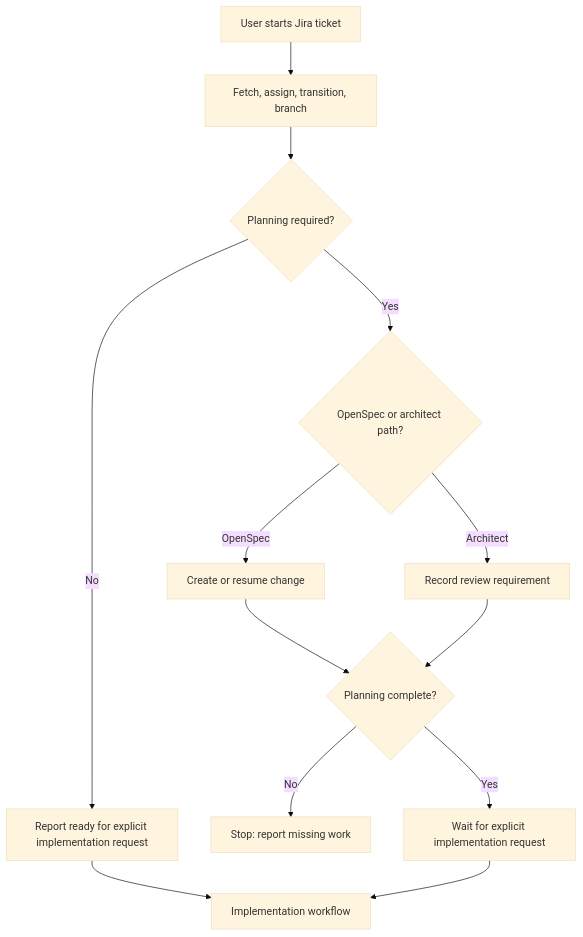
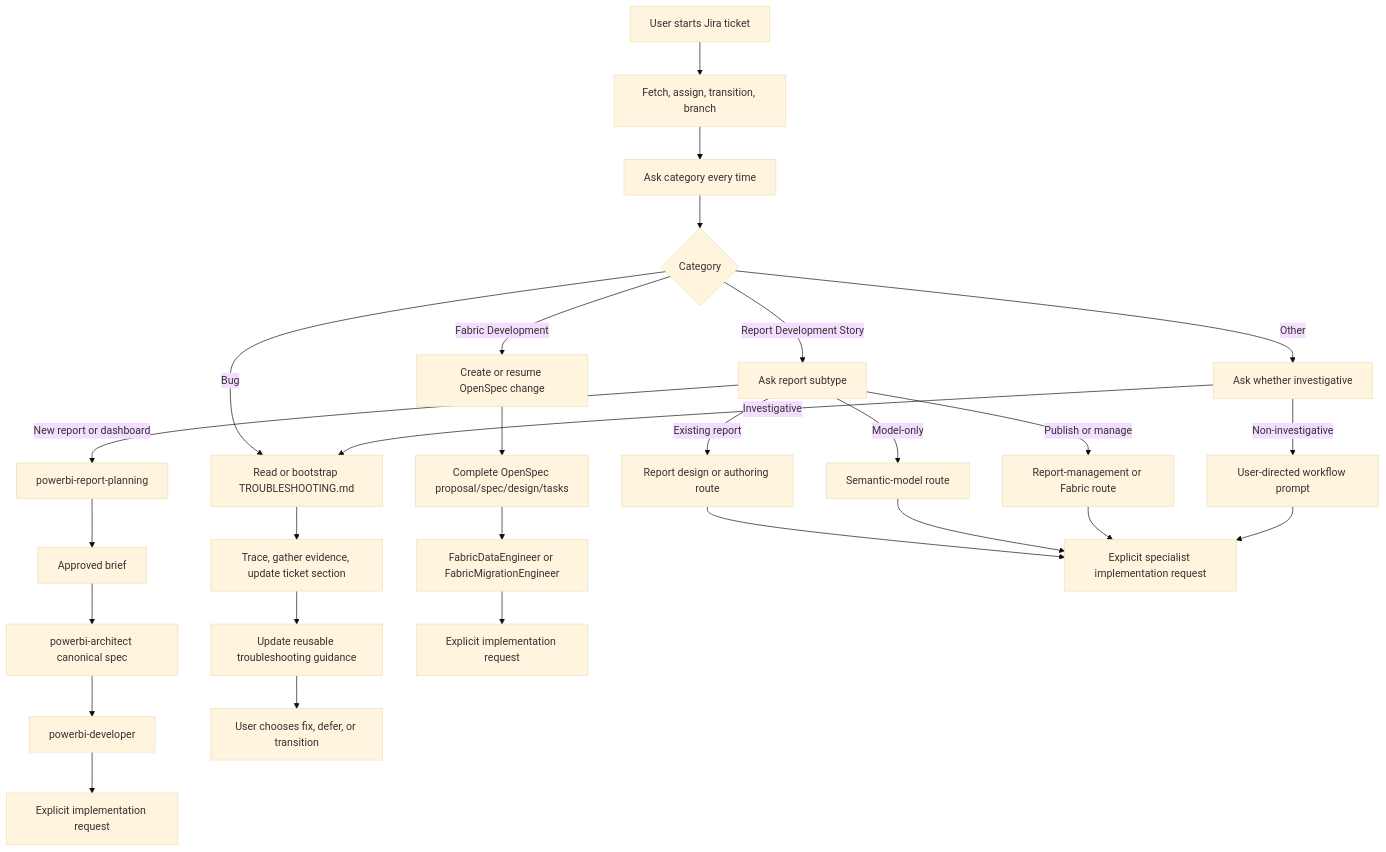
Before and after one commit to YuriChadour/powerbi-agentic-plugins: the diagram in openspec/changes/jira-workflow-architecture-gate/design.md, drawn with Mermaid (base theme). The commit also changed other lines of this file and 3 other files, not shown here.

First line of the commit message:
docs(openspec): refine jira-workflow-architecture-gate with fix gate and record roles

````diff
--- a/openspec/changes/jira-workflow-architecture-gate/design.md
+++ b/openspec/changes/jira-workflow-architecture-gate/design.md
@@ -24,15 +43,30 @@
 ```mermaid
 flowchart TD
     A[User starts Jira ticket] --> B[Fetch, assign, transition, branch]
-    B --> C{Planning required?}
-    C -- No --> D[Report ready for explicit implementation request]
-    C -- Yes --> E{OpenSpec or architect path?}
-    E -- OpenSpec --> F[Create or resume change]
-    E -- Architect --> G[Record review requirement]
-    F --> H{Planning complete?}
-    G --> H
-    H -- No --> I[Stop: report missing work]
-    H -- Yes --> J[Wait for explicit implementation request]
-    D --> K[Implementation workflow]
-    J --> K
+    B --> C[Ask category every time]
+    C --> D{Category}
+    D -->|Bug| E[Read or bootstrap TROUBLESHOOTING.md]
+    D -->|Report Development Story| F[Ask report subtype]
+    D -->|Fabric Development| G[Create or resume OpenSpec change]
+    D -->|Other| H[Ask whether investigative]
+    F -->|New report or dashboard| I[powerbi-report-planning]
+    F -->|Existing report| J[Report design or authoring route]
+    F -->|Model-only| K[Semantic-model route]
+    F -->|Publish or manage| L[Report-management or Fabric route]
+    H -->|Investigative| E
+    H -->|Non-investigative| M[User-directed workflow prompt]
+    E --> N[Trace, gather evidence, update ticket section]
+    N --> O[Update reusable troubleshooting guidance]
+    G --> P[Complete OpenSpec proposal/spec/design/tasks]
+    P --> Q[FabricDataEngineer or FabricMigrationEngineer]
+    I --> R[Approved brief]
+    R --> S[powerbi-architect canonical spec]
+    S --> T[powerbi-developer]
+    J --> U[Explicit specialist implementation request]
+    K --> U
+    L --> U
+    M --> U
+    O --> V[User chooses fix, defer, or transition]
+    Q --> W[Explicit implementation request]
+    T --> X[Explicit implementation request]
 ```
````
